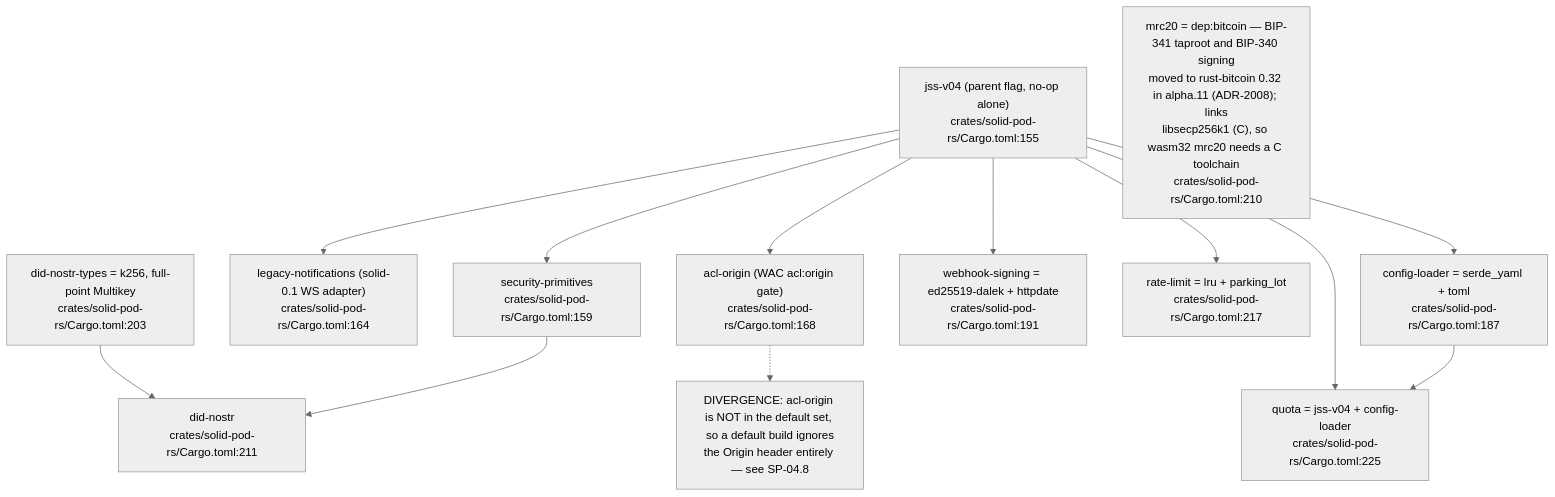
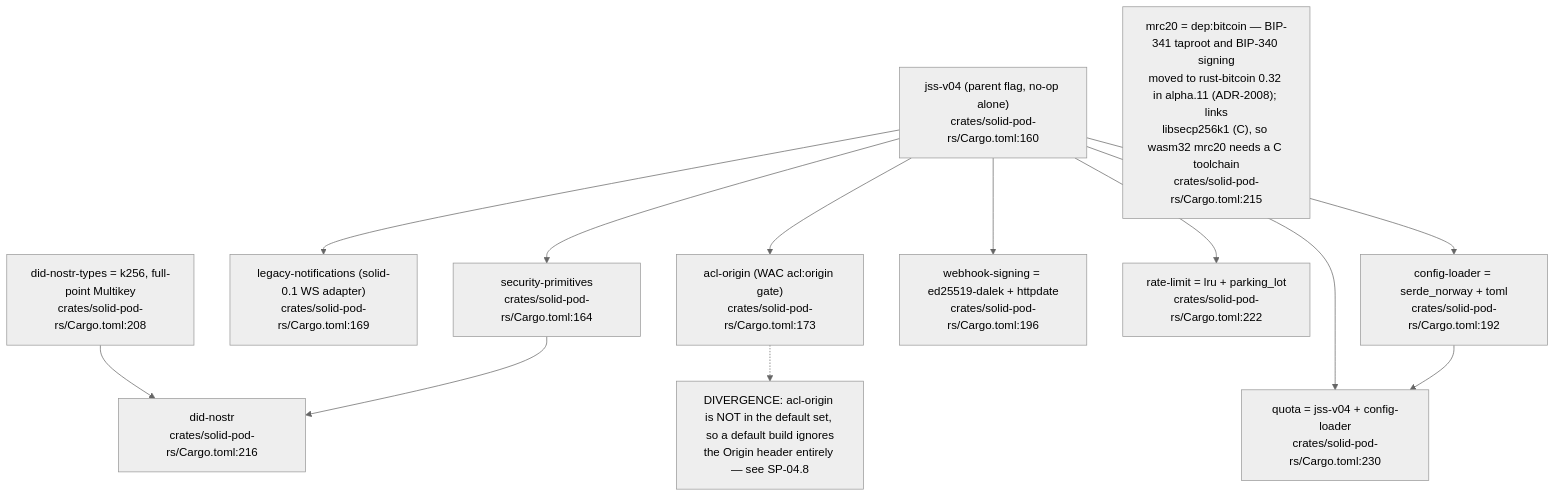
The fifth of 12 diagrams in docs/diagrams/solid-pod-rs/01-workspace-composition.md (DreamLab-AI/VisionFlow), drawn with Mermaid (neutral theme) before and after one commit. The commit also changed other lines of this file and 160 other files, not shown here.

````diff
--- a/docs/diagrams/solid-pod-rs/01-workspace-composition.md
+++ b/docs/diagrams/solid-pod-rs/01-workspace-composition.md
@@ -160,28 +161,28 @@
 ```mermaid
 flowchart TD
-    JSS["jss-v04 (parent flag, no-op alone)<br/>crates/solid-pod-rs/Cargo.toml:155"]
-    SP["security-primitives<br/>crates/solid-pod-rs/Cargo.toml:159"]
-    LEG["legacy-notifications (solid-0.1 WS adapter)<br/>crates/solid-pod-rs/Cargo.toml:164"]
-    ORG["acl-origin (WAC acl:origin gate)<br/>crates/solid-pod-rs/Cargo.toml:168"]
-    CFGL["config-loader = serde_yaml + toml<br/>crates/solid-pod-rs/Cargo.toml:187"]
-    WHS["webhook-signing = ed25519-dalek + httpdate<br/>crates/solid-pod-rs/Cargo.toml:191"]
-    RL["rate-limit = lru + parking_lot<br/>crates/solid-pod-rs/Cargo.toml:217"]
-    QU["quota = jss-v04 + config-loader<br/>crates/solid-pod-rs/Cargo.toml:225"]
-    DNT["did-nostr-types = k256, full-point Multikey<br/>crates/solid-pod-rs/Cargo.toml:203"]
-    MR["mrc20 = dep:bitcoin — BIP-341 taproot and BIP-340 signing<br/>moved to rust-bitcoin 0.32 in alpha.11 (ADR-2008); links<br/>libsecp256k1 (C), so wasm32 mrc20 needs a C toolchain<br/>crates/solid-pod-rs/Cargo.toml:210"]
-    DN["did-nostr<br/>crates/solid-pod-rs/Cargo.toml:211"]
+    JSS["jss-v04 (parent flag, no-op alone)<br/>crates/solid-pod-rs/Cargo.toml:160"]
+    SP["security-primitives<br/>crates/solid-pod-rs/Cargo.toml:164"]
+    LEG["legacy-notifications (solid-0.1 WS adapter)<br/>crates/solid-pod-rs/Cargo.toml:169"]
+    ORG["acl-origin (WAC acl:origin gate)<br/>crates/solid-pod-rs/Cargo.toml:173"]
+    CFGL["config-loader = serde_norway + toml<br/>crates/solid-pod-rs/Cargo.toml:192"]
+    WHS["webhook-signing = ed25519-dalek + httpdate<br/>crates/solid-pod-rs/Cargo.toml:196"]
+    RL["rate-limit = lru + parking_lot<br/>crates/solid-pod-rs/Cargo.toml:222"]
+    QU["quota = jss-v04 + config-loader<br/>crates/solid-pod-rs/Cargo.toml:230"]
+    DNT["did-nostr-types = k256, full-point Multikey<br/>crates/solid-pod-rs/Cargo.toml:208"]
+    MR["mrc20 = dep:bitcoin — BIP-341 taproot and BIP-340 signing<br/>moved to rust-bitcoin 0.32 in alpha.11 (ADR-2008); links<br/>libsecp256k1 (C), so wasm32 mrc20 needs a C toolchain<br/>crates/solid-pod-rs/Cargo.toml:215"]
+    DN["did-nostr<br/>crates/solid-pod-rs/Cargo.toml:216"]
 
     JSS --> SP
     JSS --> LEG
     JSS --> ORG
     JSS --> CFGL
     JSS --> WHS
     JSS --> RL
     JSS --> QU
     CFGL --> QU
     DNT --> DN
     SP --> DN
 
     O1["DIVERGENCE: acl-origin is NOT in the default set, so a default build ignores<br/>the Origin header entirely — see SP-04.8"]
     ORG -.-> O1
 ```
````
